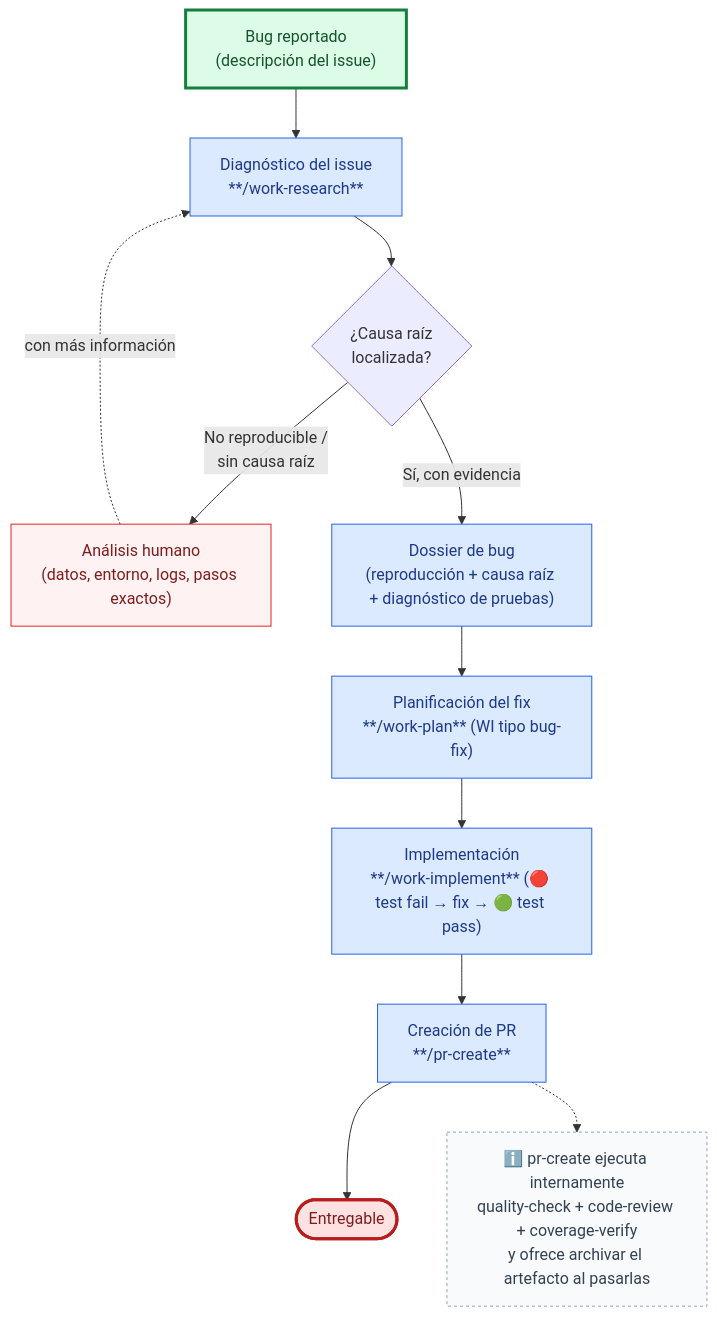
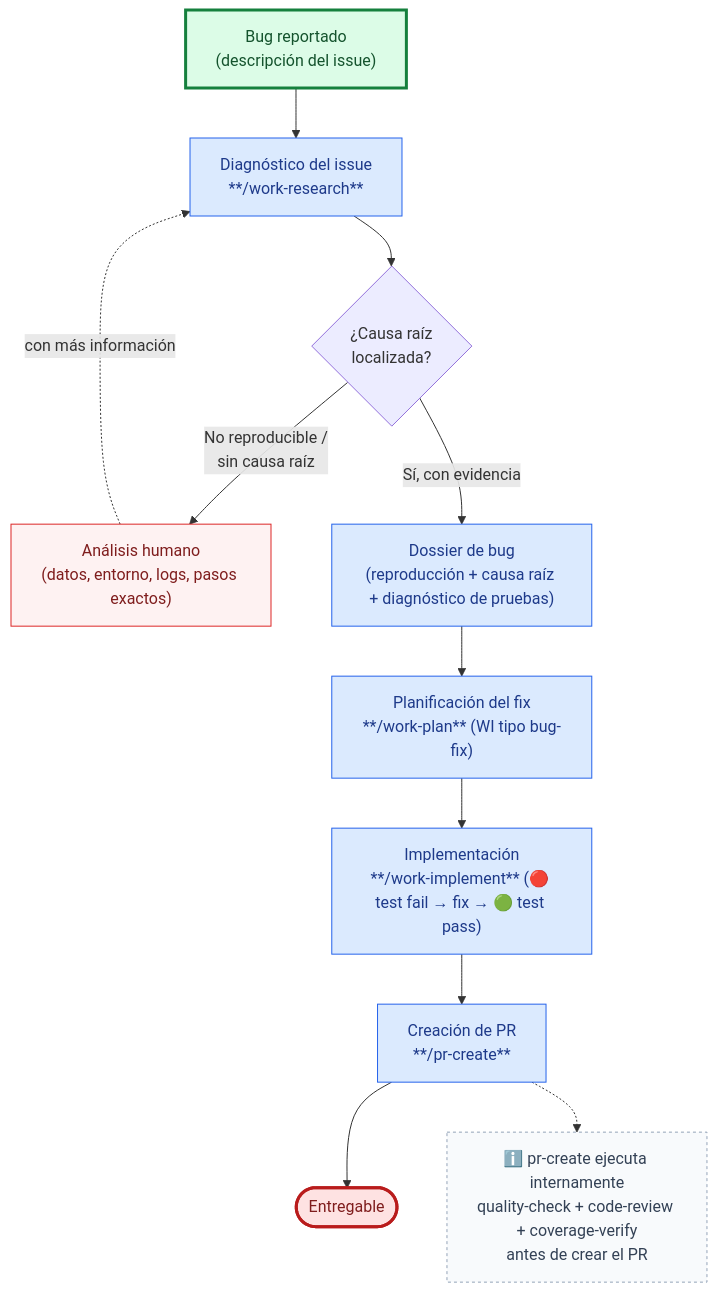
Before and after one commit to juanca202/sdd-devkit: the diagram in docs/use-cases/fix-a-bug.md, drawn with Mermaid. The commit also changed other lines of this file and 20 other files, not shown here.

````diff
--- a/docs/use-cases/fix-a-bug.md
+++ b/docs/use-cases/fix-a-bug.md
@@ -5,25 +5,25 @@
 ```mermaid
 flowchart TD
     A["Bug reportado<br/>(descripción del issue)"] --> B["Diagnóstico del issue<br/>**/work-research**"]
     B --> C{"¿Causa raíz<br/>localizada?"}
     C -->|"No reproducible /<br/>sin causa raíz"| H["Análisis humano<br/>(datos, entorno, logs, pasos exactos)"]
     C -->|"Sí, con evidencia"| D["Dossier de bug<br/>(reproducción + causa raíz + diagnóstico de pruebas)"]
     D --> E["Planificación del fix<br/>**/work-plan** (WI tipo bug-fix)"]
     E --> F["Implementación<br/>**/work-implement** (🔴 test fail → fix → 🟢 test pass)"]
     F --> I["Creación de PR<br/>**/pr-create**"]
     I --> J(["Entregable"])
     H -.->|"con más información"| B
-    NOTE["ℹ️ pr-create ejecuta internamente<br/>quality-check + code-review + coverage-verify<br/>y ofrece archivar el artefacto al pasarlas"]
+    NOTE["ℹ️ pr-create ejecuta internamente<br/>quality-check + code-review + coverage-verify<br/>antes de crear el PR"]
     I -.-> NOTE
 
     classDef main fill:#dbeafe,stroke:#2563eb,color:#1e3a8a
     classDef human fill:#fef2f2,stroke:#dc2626,color:#7f1d1d
     classDef entryPoint fill:#dcfce7,stroke:#15803d,stroke-width:3px,color:#14532d
     classDef exitPoint fill:#fee2e2,stroke:#b91c1c,stroke-width:3px,color:#7f1d1d
     classDef note fill:#f8fafc,stroke:#94a3b8,stroke-width:1px,stroke-dasharray:3 3,color:#334155
     class B,D,E,F,I main
     class H human
     class A entryPoint
     class J exitPoint
     class NOTE note
 ```
````
